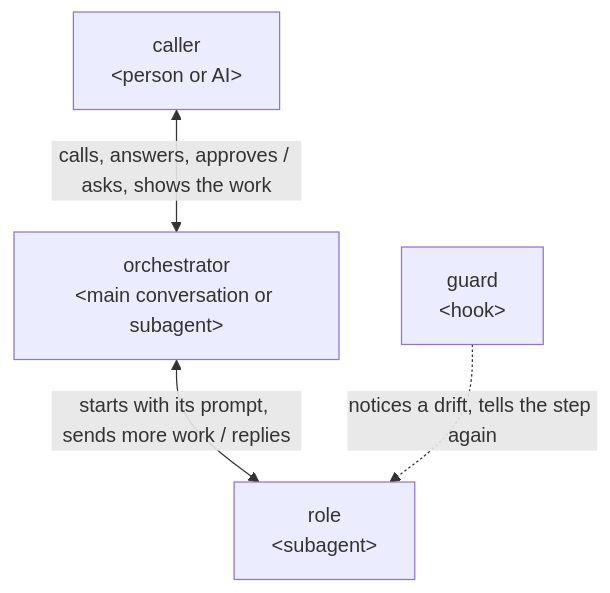
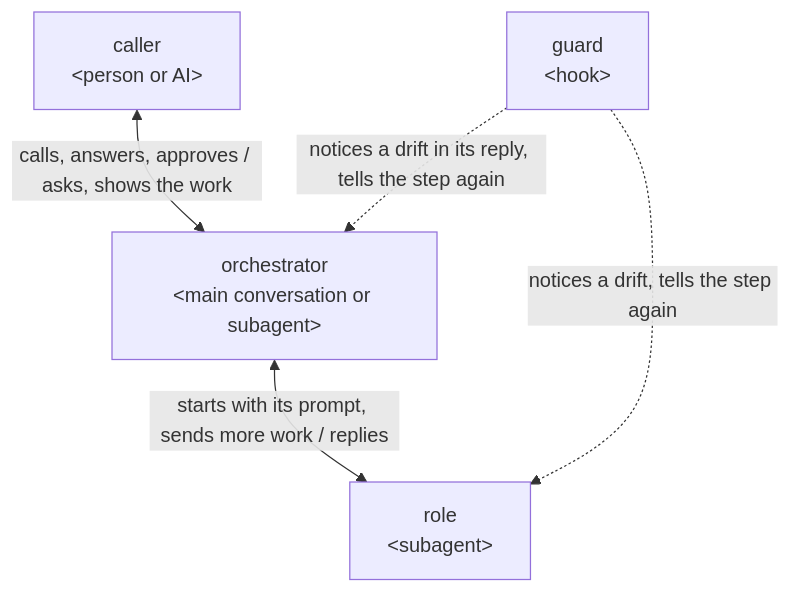
The first of 2 diagrams in dev/architecture.md (lovaizu/ccpm), drawn with Mermaid before and after one commit. The commit also changed other lines of this file and 6 other files, not shown here.

First line of the commit message:
lane's reply_in designed: a lane on the main conversation's reply, laid on the skill's step whose script prints the language, as the user chose

````diff
--- a/dev/architecture.md
+++ b/dev/architecture.md
@@ -8,10 +8,11 @@
 ```mermaid
 flowchart TB
   caller["caller<br/>#lt;person or AI#gt;"]
   orch["orchestrator<br/>#lt;main conversation or subagent#gt;"]
   role["role<br/>#lt;subagent#gt;"]
   guard["guard<br/>#lt;hook#gt;"]
   caller <-->|calls, answers, approves / asks, shows the work| orch
   orch <-->|starts with its prompt, sends more work / replies| role
   guard -.->|notices a drift, tells the step again| role
+  guard -.->|notices a drift in its reply, tells the step again| orch
 ```
````
